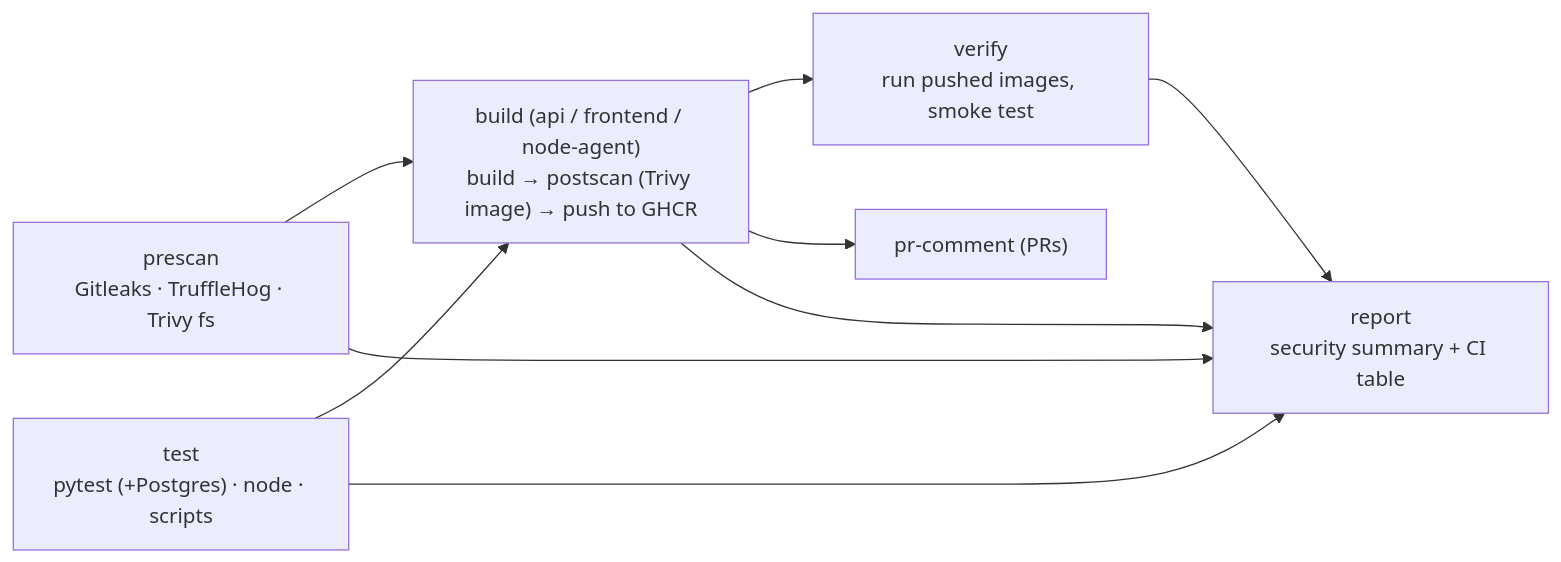
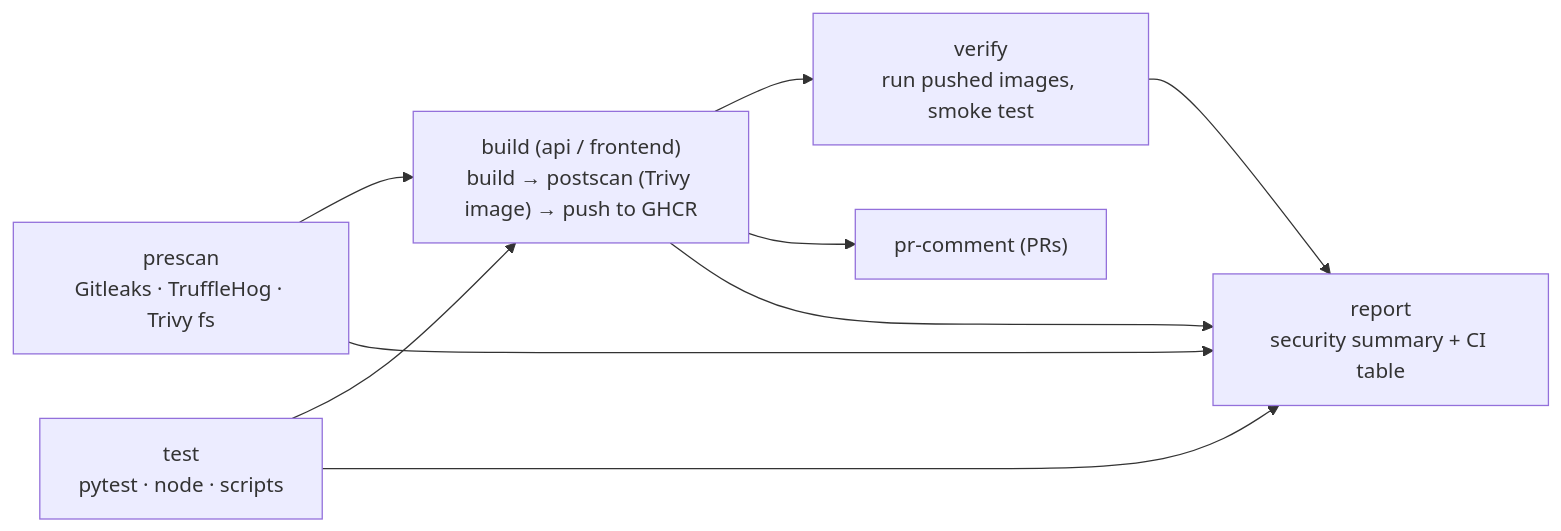
The diagram in README.md (StargazerZX/day2-ci-assignment), drawn with Mermaid before and after one commit. The commit also changed other lines of this file and 13 other files, not shown here.

Commit message:
docs: update READMEs and comments for the api + frontend version

````diff
--- a/README.md
+++ b/README.md
@@ -23,8 +24,8 @@
 ```mermaid
 flowchart LR
   prescan["prescan<br/>Gitleaks · TruffleHog · Trivy fs"] --> build
-  test["test<br/>pytest (+Postgres) · node · scripts"] --> build
-  build["build (api / frontend / node-agent)<br/>build → postscan (Trivy image) → push to GHCR"] --> verify["verify<br/>run pushed images, smoke test"]
+  test["test<br/>pytest · node · scripts"] --> build
+  build["build (api / frontend)<br/>build → postscan (Trivy image) → push to GHCR"] --> verify["verify<br/>run pushed images, smoke test"]
   build --> pr["pr-comment (PRs)"]
   prescan & test & build & verify --> report["report<br/>security summary + CI table"]
 ```
````
